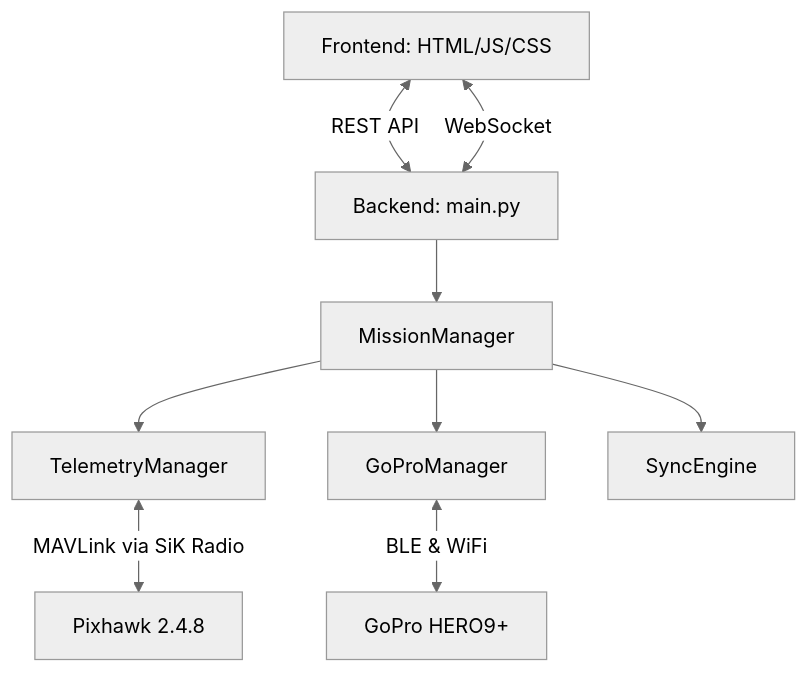
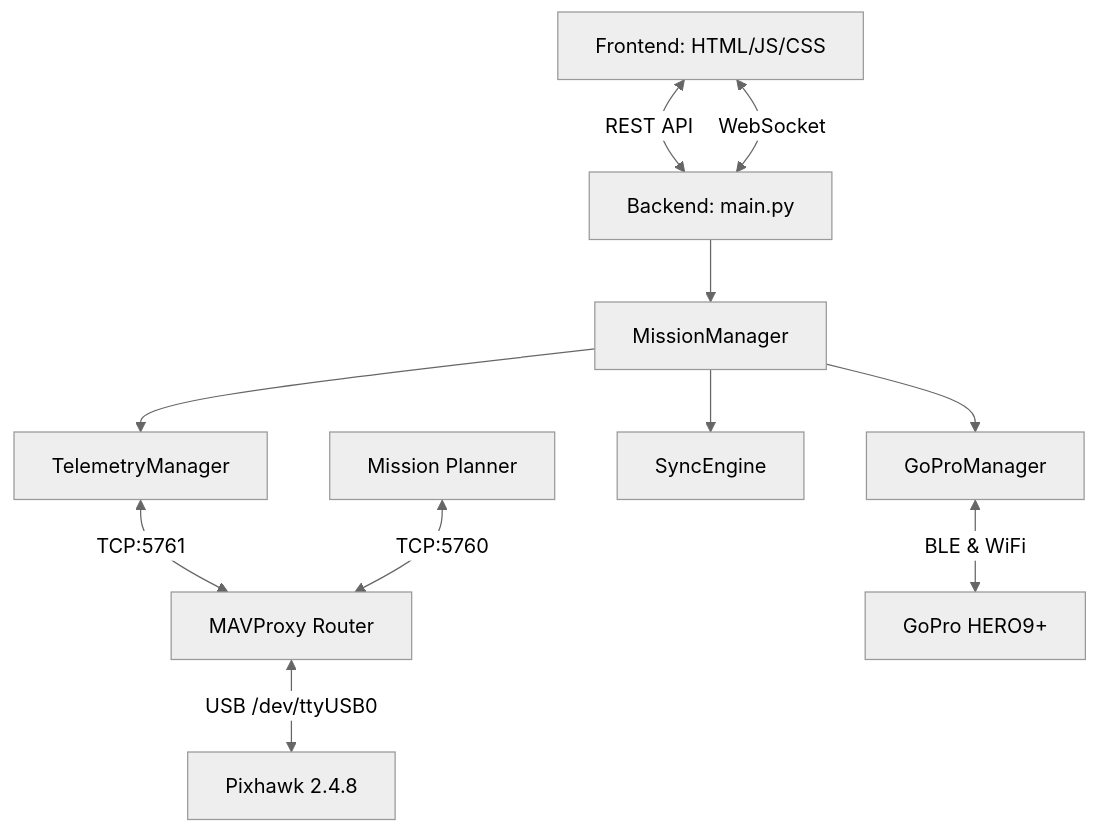
The diagram in DEVELOPER_GUIDE.md (UTEC-PRIA/Deteccion-de-hormigas-cortadoras), drawn with Mermaid (neutral theme) before and after one commit. The commit also changed other lines of this file and 18 other files, not shown here.

Commit message:
feat: MAVProxy router, Mono MP integration, installer scripts and documentation updates

````diff
--- a/DEVELOPER_GUIDE.md
+++ b/DEVELOPER_GUIDE.md
@@ -11,14 +11,17 @@
 ```mermaid
 graph TD;
     UI[Frontend: HTML/JS/CSS] <-->|REST API| FastAPI[Backend: main.py];
     UI <-->|WebSocket| FastAPI;
     
     FastAPI --> MM[MissionManager];
     
     MM --> TM[TelemetryManager];
     MM --> GM[GoProManager];
     MM --> SE[SyncEngine];
     
-    TM <-->|MAVLink via SiK Radio| Drone[Pixhawk 2.4.8];
+    TM <-->|TCP:5761| MAVProxy[MAVProxy Router];
+    MP[Mission Planner] <-->|TCP:5760| MAVProxy;
+    MAVProxy <-->|USB /dev/ttyUSB0| Drone[Pixhawk 2.4.8];
+    
     GM <-->|BLE & WiFi| Camera[GoPro HERO9+];
 ```
````
